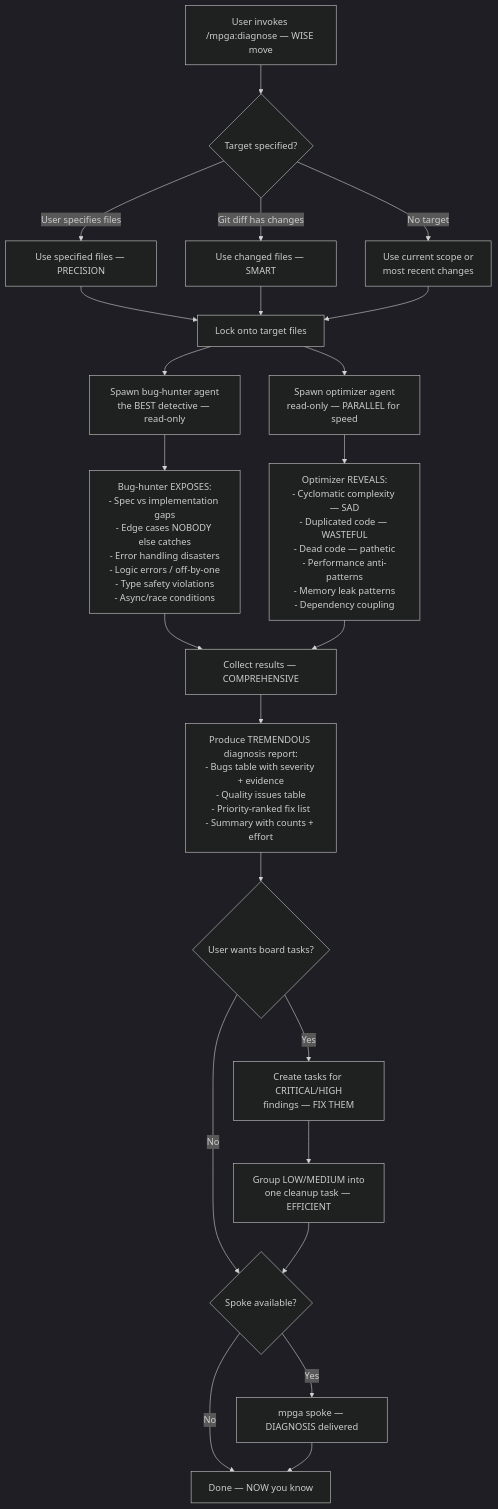
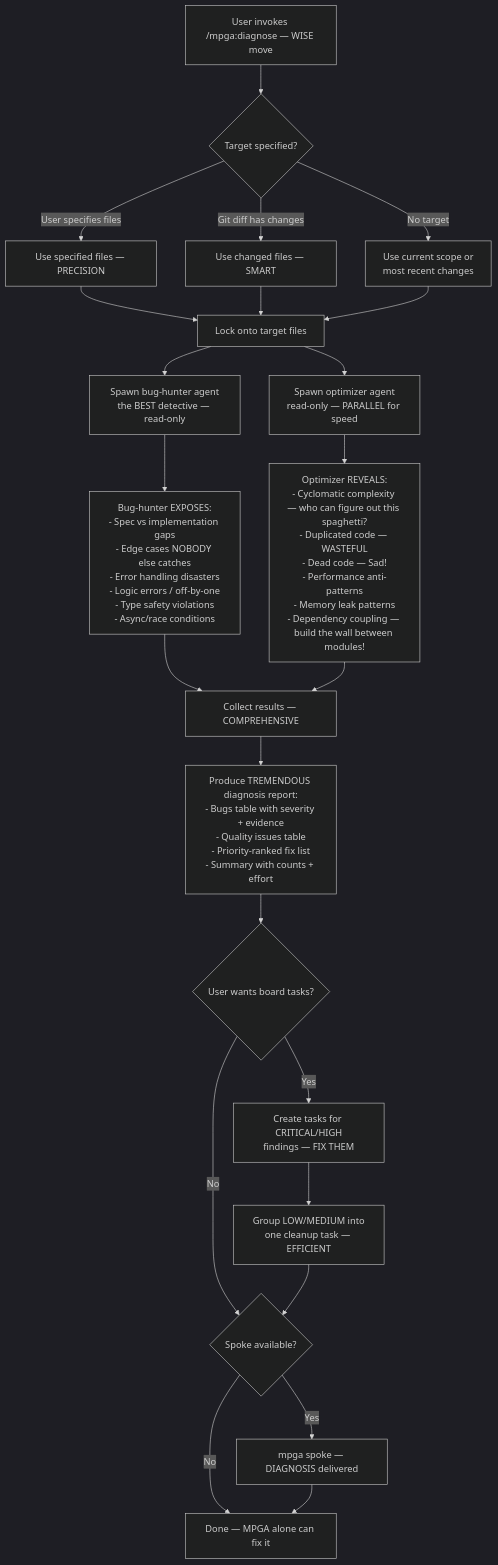
Before and after one commit to benrben/MPGA: the diagram in docs/diagrams/skills/diagnose.md, drawn with Mermaid (dark theme). The commit also changed other lines of this file and 80 other files, not shown here.

````diff
--- a/docs/diagrams/skills/diagnose.md
+++ b/docs/diagrams/skills/diagnose.md
@@ -5,32 +5,32 @@
 ```mermaid
 flowchart TD
     A[User invokes /mpga:diagnose — WISE move] --> B{Target specified?}
     B -->|User specifies files| C[Use specified files — PRECISION]
     B -->|Git diff has changes| D[Use changed files — SMART]
     B -->|No target| E[Use current scope or\nmost recent changes]
 
     C --> F[Lock onto target files]
     D --> F
     E --> F
 
     F --> G[Spawn bug-hunter agent\nthe BEST detective — read-only]
     F --> H[Spawn optimizer agent\nread-only — PARALLEL for speed]
 
     G --> I["Bug-hunter EXPOSES:\n- Spec vs implementation gaps\n- Edge cases NOBODY else catches\n- Error handling disasters\n- Logic errors / off-by-one\n- Type safety violations\n- Async/race conditions"]
 
-    H --> J["Optimizer REVEALS:\n- Cyclomatic complexity — SAD\n- Duplicated code — WASTEFUL\n- Dead code — pathetic\n- Performance anti-patterns\n- Memory leak patterns\n- Dependency coupling"]
+    H --> J["Optimizer REVEALS:\n- Cyclomatic complexity — who can figure out this spaghetti?\n- Duplicated code — WASTEFUL\n- Dead code — Sad!\n- Performance anti-patterns\n- Memory leak patterns\n- Dependency coupling — build the wall between modules!"]
 
     I --> K[Collect results — COMPREHENSIVE]
     J --> K
 
     K --> L["Produce TREMENDOUS diagnosis report:\n- Bugs table with severity + evidence\n- Quality issues table\n- Priority-ranked fix list\n- Summary with counts + effort"]
 
     L --> M{User wants board tasks?}
     M -->|Yes| N[Create tasks for CRITICAL/HIGH\nfindings — FIX THEM]
     N --> O[Group LOW/MEDIUM into\none cleanup task — EFFICIENT]
     M -->|No| P{Spoke available?}
     O --> P
     P -->|Yes| Q[mpga spoke — DIAGNOSIS delivered]
-    P -->|No| R[Done — NOW you know]
+    P -->|No| R[Done — MPGA alone can fix it]
     Q --> R
 ```
````
